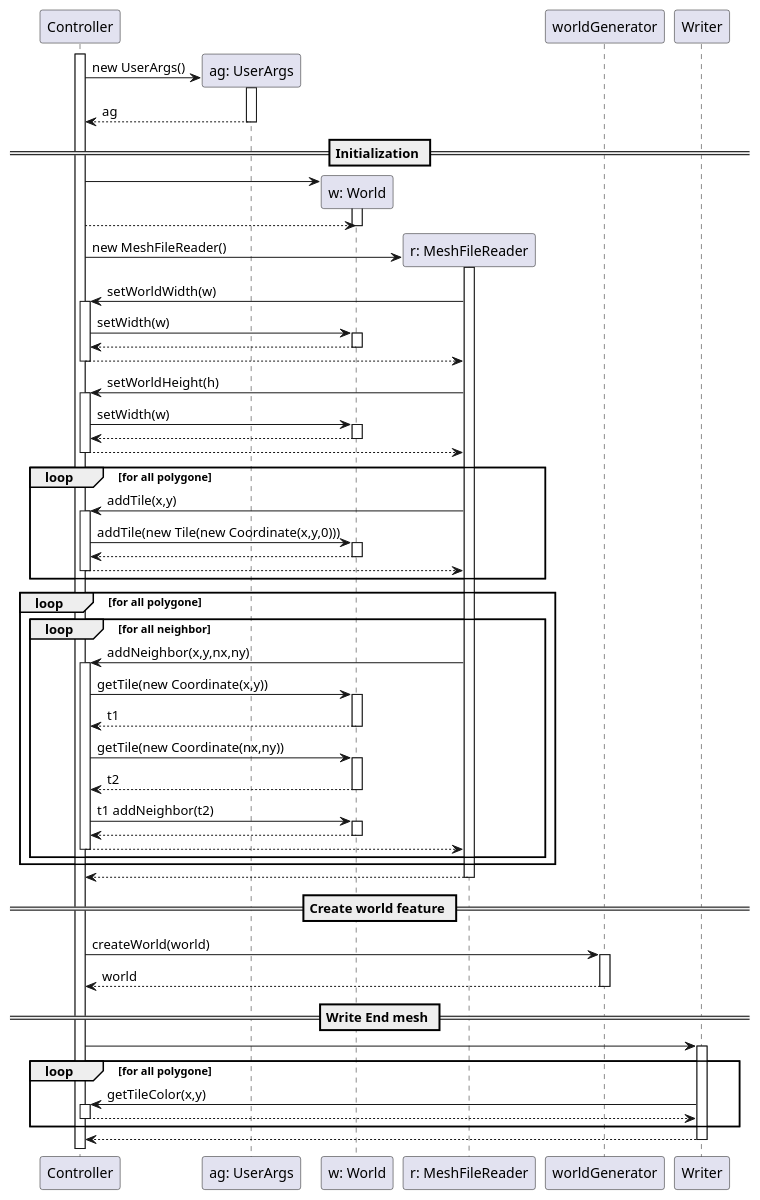
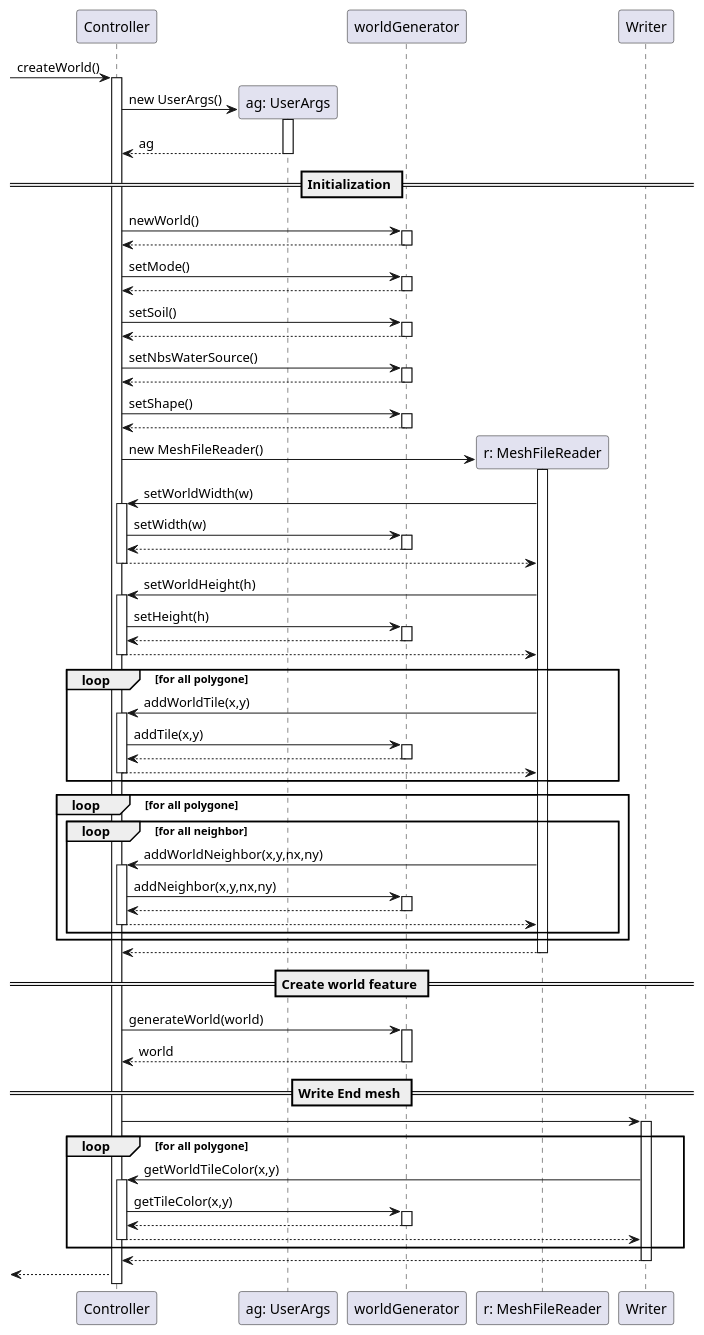
Before and after one commit to cryptoswarm/terrain-generator: the diagram in DiagrammeDeSequence_general.puml, drawn with PlantUML. The commit also changed 2 other files, not shown here.

Commit message:
correct diagram

```diff
--- a/DiagrammeDeSequence_general.puml
+++ b/DiagrammeDeSequence_general.puml
@@ -1,93 +1,105 @@
 @startuml
 participant Controller as C
+[-> C: createWorld()
 activate C
     create participant "ag: UserArgs" as AG
     C -> AG: new UserArgs()
     activate AG
         C <-- AG: ag
     deactivate AG
 
     == Initialization ==
 
-    create participant "w: World" as WO
-    C -> WO
-    activate WO
-        WO <-- C
-    deactivate WO
+    participant worldGenerator as WG
+    C -> WG: newWorld()
+    activate WG
+        C <-- WG
+    deactivate WG
+    C -> WG: setMode()
+    activate WG
+        C <-- WG
+    deactivate WG
+    C -> WG: setSoil()
+    activate WG
+        C <-- WG
+    deactivate WG
+    C -> WG: setNbsWaterSource()
+    activate WG
+        C <-- WG
+    deactivate WG
+    C -> WG: setShape()
+    activate WG
+        C <-- WG
+    deactivate WG
     create participant "r: MeshFileReader" as R
     C -> R: new MeshFileReader()
     activate R
         R -> C: setWorldWidth(w)
         activate C
-            C -> WO: setWidth(w)
-            activate WO
-                C <-- WO
-            deactivate WO
+            C -> WG: setWidth(w)
+            activate WG
+                C <-- WG
+            deactivate WG
             C --> R
         deactivate C
         R -> C: setWorldHeight(h)
         activate C
-            C -> WO: setWidth(w)
-            activate WO
-                C <-- WO
-            deactivate WO
+            C -> WG: setHeight(h)
+            activate WG
+                C <-- WG
+            deactivate WG
             C --> R
         deactivate C
         loop for all polygone
-        R -> C: addTile(x,y)
+        R -> C: addWorldTile(x,y)
             activate C
-                C -> WO: addTile(new Tile(new Coordinate(x,y,0)))
-                activate WO
-                    C <-- WO
-                deactivate WO
+                C -> WG: addTile(x,y)
+                activate WG
+                    C <-- WG
+                deactivate WG
                 C --> R
             deactivate C
         end
         loop for all polygone
             loop for all neighbor
-                R -> C: addNeighbor(x,y,nx,ny)
+                R -> C: addWorldNeighbor(x,y,nx,ny)
                 activate C
-                    C -> WO: getTile(new Coordinate(x,y))
-                    activate WO
-                        C <-- WO: t1
-                    deactivate WO
-                    C -> WO: getTile(new Coordinate(nx,ny))
-                    activate WO
-                        C <-- WO: t2
-                    deactivate WO
-                        C -> WO: t1 addNeighbor(t2)
-                    activate WO
-                        C <-- WO
-                    deactivate WO
+                    C -> WG: addNeighbor(x,y,nx,ny)
+                    activate WG
+                        C <-- WG
+                    deactivate WG
                     C --> R
                 deactivate C
              end
         end
         C <-- R
     deactivate R
 
     == Create world feature ==
 
-    participant worldGenerator as WG
-    C -> WG : createWorld(world)
+    C -> WG : generateWorld(world)
     activate WG
         C <-- WG : world
     deactivate WG
 
     == Write End mesh ==
 
     participant "Writer" as W
     C -> W
     activate W
         loop for all polygone
-            W -> C: getTileColor(x,y)
+            W -> C: getWorldTileColor(x,y)
             activate C
+                C -> WG: getTileColor(x,y)
+                activate WG
+                    C <-- WG
+                deactivate WG
                 W <-- C
             deactivate C
         end
         C <-- W
     deactivate W
-
+[<--C
 
 
 @enduml
```
